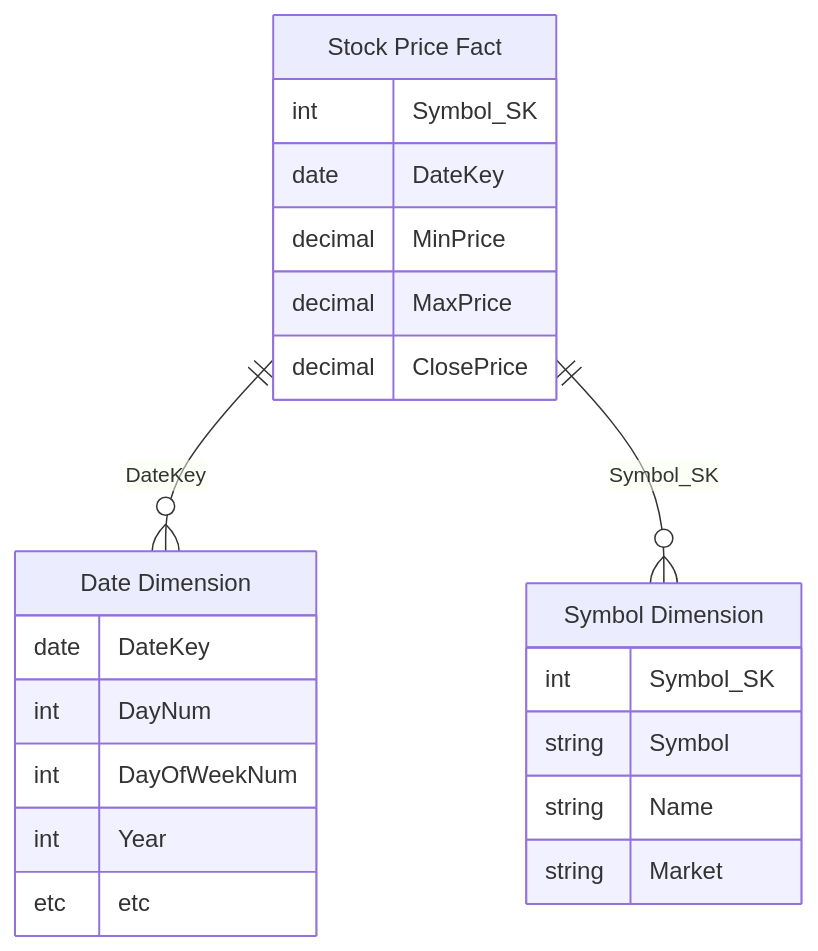
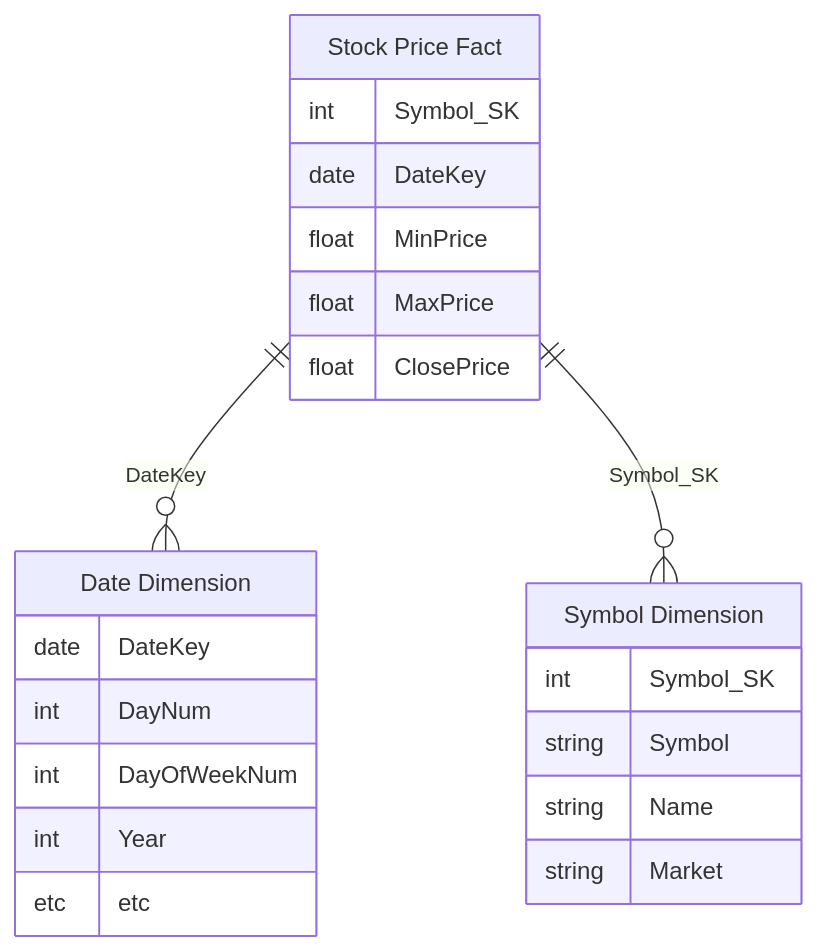
One commit to microsoft/fabricrealtimelab changed the diagram in modules/module05a.md. Above: the diagram before and after it, drawn with Mermaid. The commit also changed other lines of this file and 4 other files, not shown here.

````diff
--- a/modules/module05a.md
+++ b/modules/module05a.md
@@ -27,25 +27,25 @@
 ```mermaid
 erDiagram
     "Stock Price Fact"||--o{ "Date Dimension":DateKey
     "Stock Price Fact" {
         int Symbol_SK
         date DateKey
-        decimal MinPrice
-        decimal MaxPrice
-        decimal ClosePrice
+        float MinPrice
+        float MaxPrice
+        float ClosePrice
     }
     "Date Dimension" {
         date DateKey
         int DayNum
         int DayOfWeekNum
         int Year
         etc etc
     }
     "Stock Price Fact" ||--o{ "Symbol Dimension":Symbol_SK
     "Symbol Dimension" {
         int Symbol_SK
         string Symbol
         string Name
         string Market
     }
 ```
````
